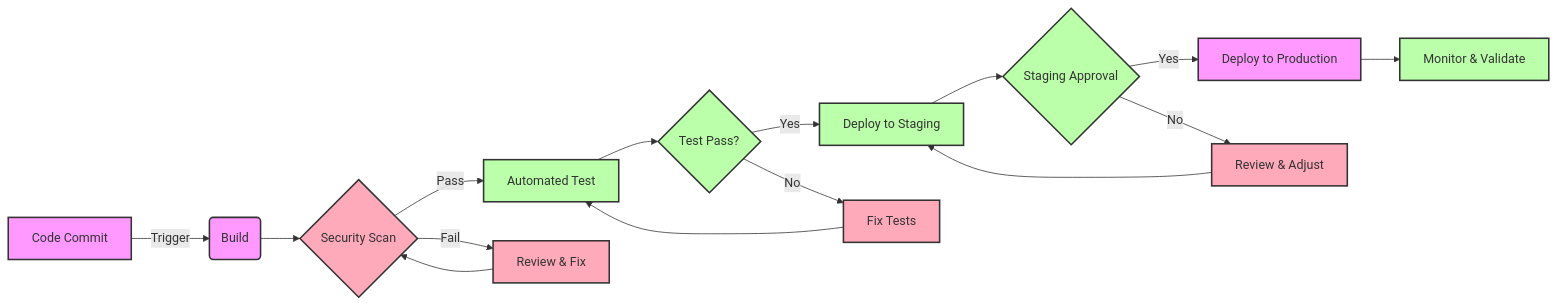
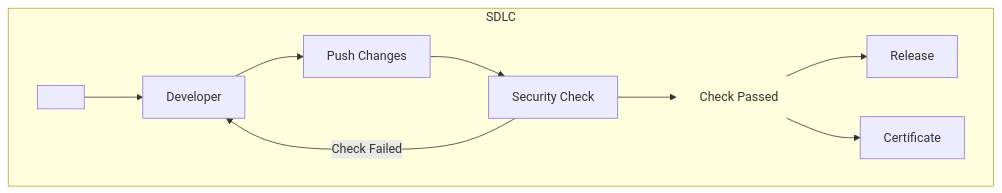
The diagram in README.md (ForAllSecure/healthcare-ci-pipelines), drawn with Mermaid before and after one commit. The commit also changed other lines of this file, not shown here.

Commit message:
Diagrams.

````diff
--- a/README.md
+++ b/README.md
@@ -38,25 +33,22 @@
 ```mermaid
-flowchart LR
-    A[Code Commit] -->|Trigger| B(Build)
-    B --> C{Security Scan}
-    C -->|Pass| D[Automated Test]
-    C -->|Fail| E[Review & Fix]
-    E --> C
-    D --> F{Test Pass?}
-    F -->|Yes| G[Deploy to Staging]
-    F -->|No| H[Fix Tests]
-    H --> D
-    G --> I{Staging Approval}
-    I -->|Yes| J[Deploy to Production]
-    I -->|No| K[Review & Adjust]
-    K --> G
-    J --> L[Monitor & Validate]
+flowchart TB
+  Develop[Developer]
+  Commit[Push Changes]
+  Test[Security Check]
+  Report[Certificate]
+  Release[Release]
+  Pass[Check Passed]
+  subgraph SDLC
+    start[ ] --> Develop
+    Develop --> Commit
+    Commit --> Test
+    Test --> Pass
+    Pass --> Release
+    Pass --> Report
+  end
+  Test -->| Check Failed |Develop
 
-    classDef default fill:#f9f,stroke:#333,stroke-width:2px;
-    classDef passed fill:#bfa,stroke:#333,stroke-width:2px;
-    classDef failed fill:#fab,stroke:#333,stroke-width:2px;
-
-    class C,E,H,K failed;
-    class D,F,G,I,L passed;
+  classDef empty fill:none,stroke-width:0px
+  class Pass empty
 
 ```
````
